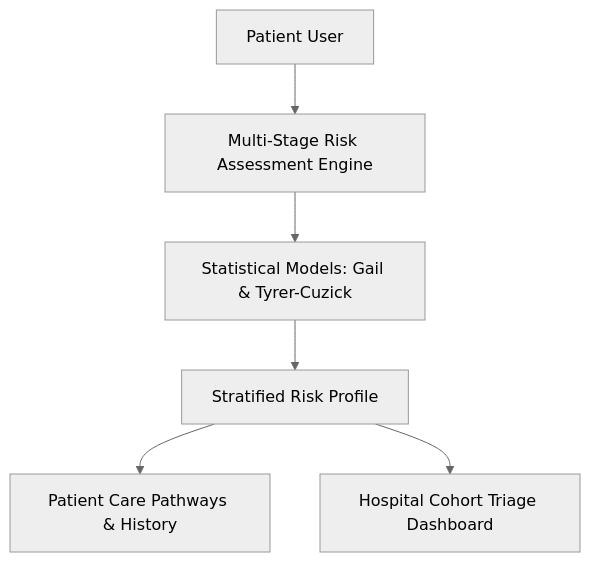
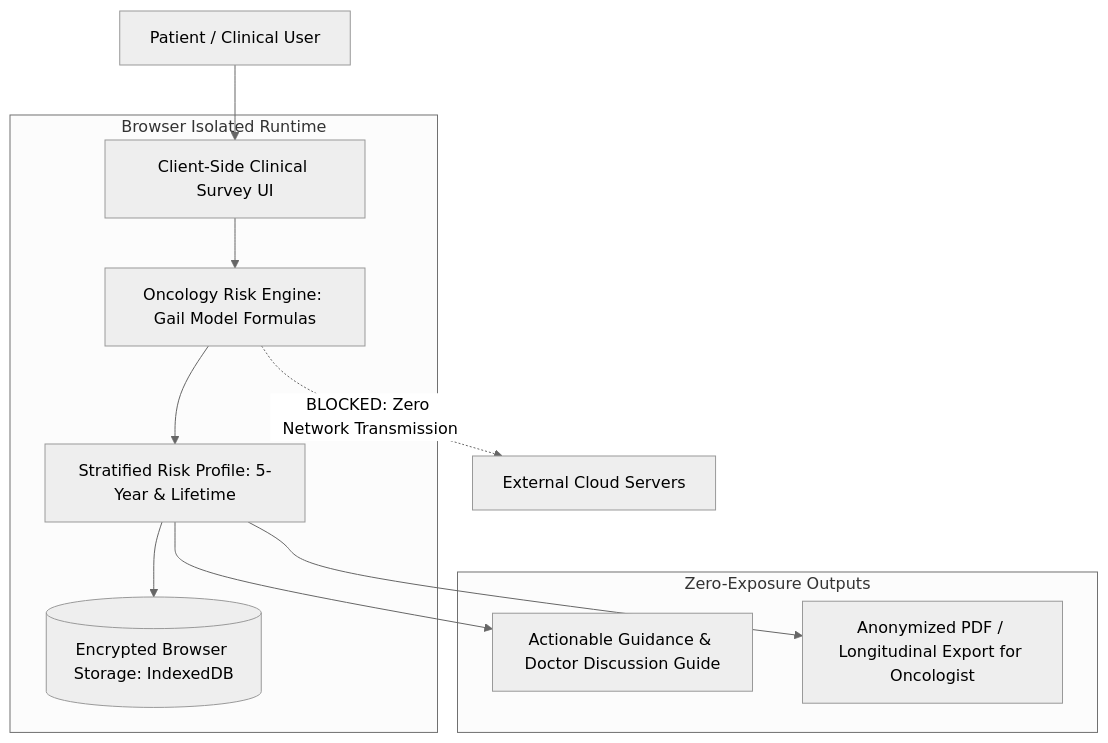
Before and after one commit to MasterZ1311/Dev-AURA: the diagram in docs/project-case-studies/clinical-health-and-verification/pinkpulse-oncology-platform.md, drawn with Mermaid (neutral theme). The commit also changed other lines of this file and 21 other files, not shown here.

````diff
--- a/docs/project-case-studies/clinical-health-and-verification/pinkpulse-oncology-platform.md
+++ b/docs/project-case-studies/clinical-health-and-verification/pinkpulse-oncology-platform.md
@@ -12,8 +36,17 @@
 ```mermaid
 graph TD
-    Patient[Patient User] --> Survey[Multi-Stage Risk Assessment Engine]
-    Survey --> Models[Statistical Models: Gail & Tyrer-Cuzick]
-    Models --> Profile[Stratified Risk Profile]
-    Profile --> PatientDashboard[Patient Care Pathways & History]
-    Profile --> ClinicalAlerts[Hospital Cohort Triage Dashboard]
+    Patient[Patient / Clinical User] --> Survey[Client-Side Clinical Survey UI]
+    
+    subgraph Browser Isolated Runtime
+        Survey --> ModelEngine[Oncology Risk Engine: Gail Model Formulas]
+        ModelEngine --> RiskProfile[Stratified Risk Profile: 5-Year & Lifetime]
+        RiskProfile --> LocalStore[(Encrypted Browser Storage: IndexedDB)]
+    end
+    
+    subgraph Zero-Exposure Outputs
+        RiskProfile --> PatientView[Actionable Guidance & Doctor Discussion Guide]
+        RiskProfile --> ClinicalSummary[Anonymized PDF / Longitudinal Export for Oncologist]
+    end
+    
+    ModelEngine -.->|BLOCKED: Zero Network Transmission| CloudServers[External Cloud Servers]
 ```
````
